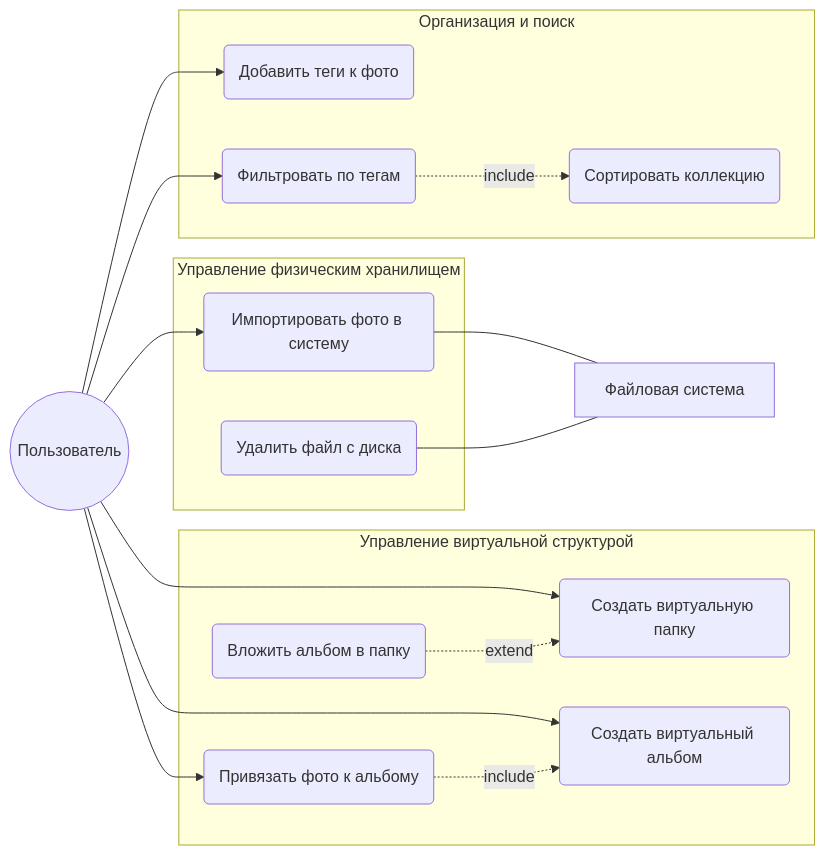
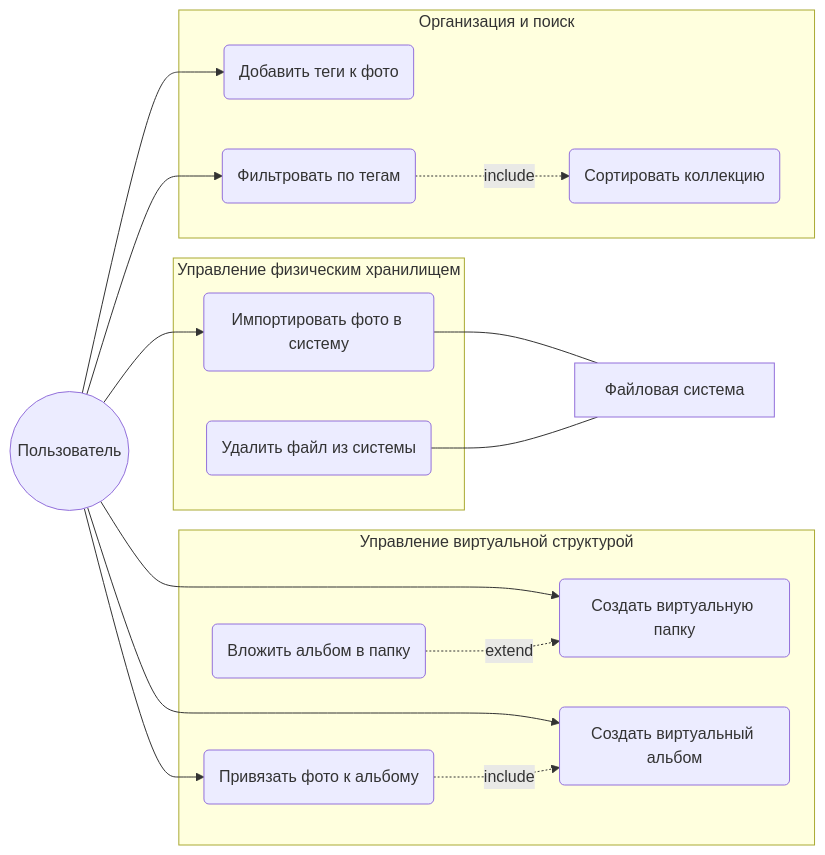
Before and after one commit to college-top-vrn/PhotoCatalog: the first of 2 diagrams in README.md, drawn with Mermaid.

````diff
--- a/README.md
+++ b/README.md
@@ -3,40 +3,40 @@
 ```mermaid
 graph LR
     User((Пользователь))
     FS[Файловая система]
 
     subgraph "Управление физическим хранилищем"
         UC_Import(Импортировать фото в систему)
-        UC_PhysDel(Удалить файл с диска)
+        UC_PhysDel(Удалить файл из cистемы)
     end
 
     subgraph "Управление виртуальной структурой"
         UC_CreateFolder(Создать виртуальную папку)
         UC_CreateAlbum(Создать виртуальный альбом)
         UC_Nest(Вложить альбом в папку)
         UC_Link(Привязать фото к альбому)
     end
 
     subgraph "Организация и поиск"
         UC_Tag(Добавить теги к фото)
         UC_Sort(Сортировать коллекцию)
         UC_Filter(Фильтровать по тегам)
     end
 
     %% Связи пользователя с прецедентами
     User --> UC_Import
     User --> UC_CreateFolder
     User --> UC_CreateAlbum
     User --> UC_Link
     User --> UC_Tag
     User --> UC_Filter
 
     %% Внутренние зависимости (Include/Extend)
     UC_Link -.->|include| UC_CreateAlbum
     UC_Nest -.->|extend| UC_CreateFolder
     UC_Filter -.->|include| UC_Sort
 
     %% Взаимодействие с системой
     UC_Import --- FS
     UC_PhysDel --- FS
 ```
````
